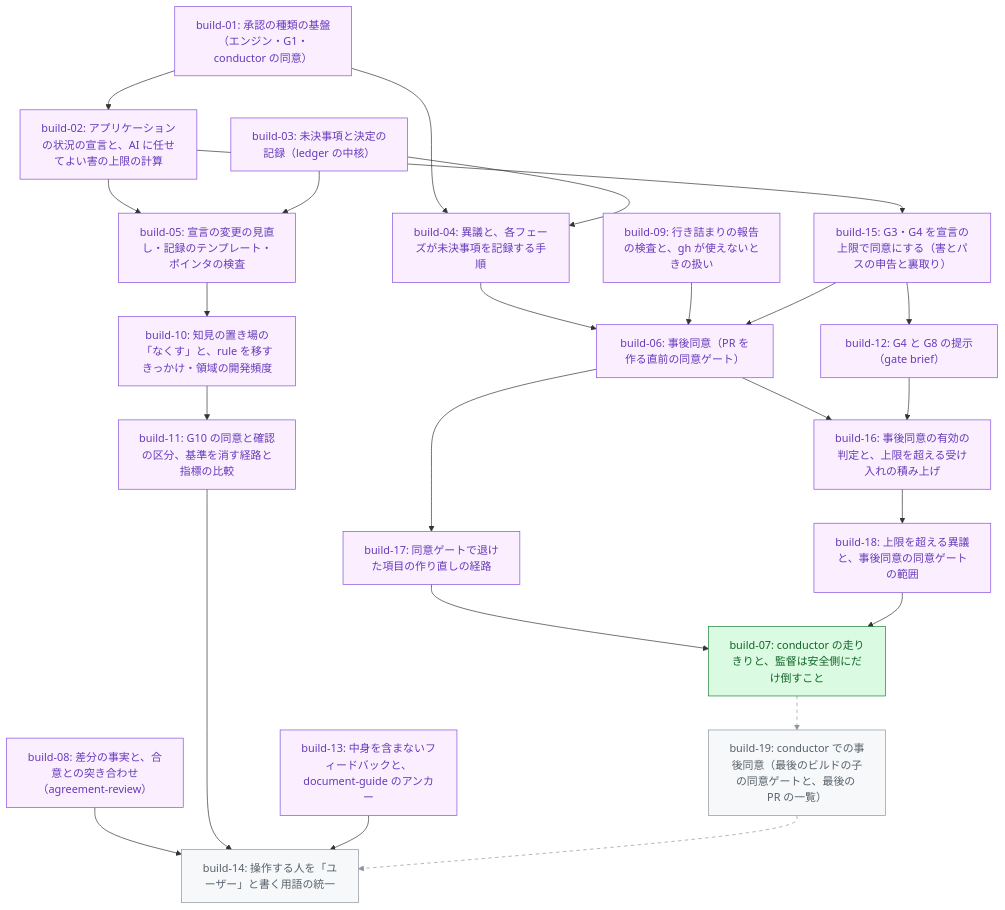
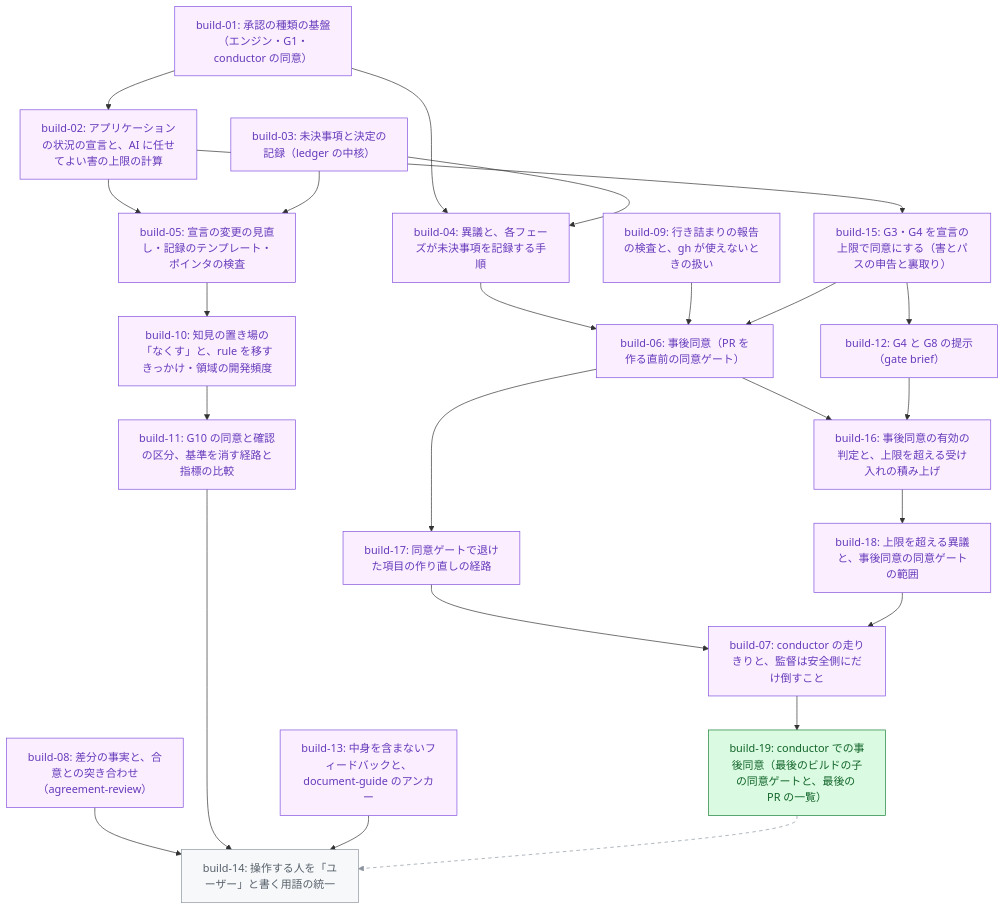
Before and after one commit to tak-solder/hikyaku: the diagram in .hikyaku/cycles/001-v3-core-concepts/tasklist.md, drawn with Mermaid. The commit also changed other lines of this file and 1 other file, not shown here.

Commit message:
build-07: tasklist の PR 列を更新し、pr と publish の完了を記録
Claude-Session: https://claude.ai/code/session_01RJieNbZxJTuNKqjvWpTagW

````diff
--- a/.hikyaku/cycles/001-v3-core-concepts/tasklist.md
+++ b/.hikyaku/cycles/001-v3-core-concepts/tasklist.md
@@ -34,52 +34,52 @@
 ```mermaid
 graph TD
   b01["build-01: 承認の種類の基盤（エンジン・G1・conductor の同意）"]
   b02["build-02: アプリケーションの状況の宣言と、AI に任せてよい害の上限の計算"]
   b03["build-03: 未決事項と決定の記録（ledger の中核）"]
   b04["build-04: 異議と、各フェーズが未決事項を記録する手順"]
   b05["build-05: 宣言の変更の見直し・記録のテンプレート・ポインタの検査"]
   b06["build-06: 事後同意（PR を作る直前の同意ゲート）"]
   b07["build-07: conductor の走りきりと、監督は安全側にだけ倒すこと"]
   b08["build-08: 差分の事実と、合意との突き合わせ（agreement-review）"]
   b09["build-09: 行き詰まりの報告の検査と、gh が使えないときの扱い"]
   b10["build-10: 知見の置き場の「なくす」と、rule を移すきっかけ・領域の開発頻度"]
   b11["build-11: G10 の同意と確認の区分、基準を消す経路と指標の比較"]
   b12["build-12: G4 と G8 の提示（gate brief）"]
   b13["build-13: 中身を含まないフィードバックと、document-guide のアンカー"]
   b14["build-14: 操作する人を「ユーザー」と書く用語の統一"]
   b15["build-15: G3・G4 を宣言の上限で同意にする（害とパスの申告と裏取り）"]
   b16["build-16: 事後同意の有効の判定と、上限を超える受け入れの積み上げ"]
   b17["build-17: 同意ゲートで退けた項目の作り直しの経路"]
   b18["build-18: 上限を超える異議と、事後同意の同意ゲートの範囲"]
   b19["build-19: conductor での事後同意（最後のビルドの子の同意ゲートと、最後の PR の一覧）"]
   b01 --> b02
   b01 --> b04
   b03 --> b04
   b02 --> b05
   b03 --> b05
   b04 --> b06
   b09 --> b06
   b15 --> b06
   b17 --> b07
   b18 --> b07
   b05 --> b10
   b10 --> b11
   b15 --> b12
   b08 --> b14
   b11 --> b14
   b13 --> b14
   b19 -.-> b14
   b02 --> b15
   b06 --> b16
   b12 --> b16
   b06 --> b17
   b16 --> b18
-  b07 -.-> b19
+  b07 --> b19
   classDef merged fill:#fbefff,stroke:#8250df,color:#6639ba
   classDef ready fill:#dafbe1,stroke:#1a7f37,color:#116329
   classDef blocked fill:#f6f8fa,stroke:#8c959f,color:#57606a
-  class b01,b02,b03,b04,b05,b06,b08,b09,b10,b11,b12,b13,b15,b16,b17,b18 merged
-  class b07 ready
-  class b14,b19 blocked
-  linkStyle 16,22 stroke:#8c959f,stroke-dasharray:5 5
+  class b01,b02,b03,b04,b05,b06,b07,b08,b09,b10,b11,b12,b13,b15,b16,b17,b18 merged
+  class b19 ready
+  class b14 blocked
+  linkStyle 16 stroke:#8c959f,stroke-dasharray:5 5
 ```
````
